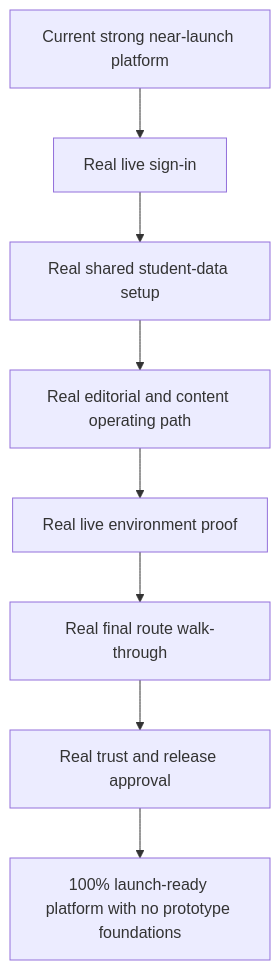
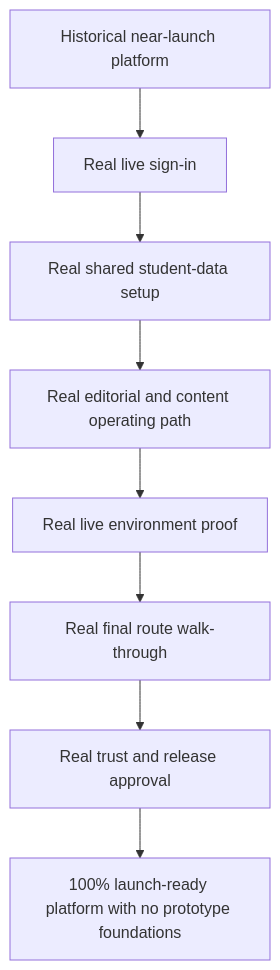
Before and after one commit to tech-fresh/the-switch-platform: diagram 19 of 49 in README.md, drawn with Mermaid. The commit also changed other lines of this file and 13 other files, not shown here.

````diff
--- a/README.md
+++ b/README.md
@@ -3059,10 +3078,10 @@
 ```mermaid
 flowchart TD
-    A["Current strong near-launch platform"] --> B["Real live sign-in"]
+    A["Historical near-launch platform"] --> B["Real live sign-in"]
     B --> C["Real shared student-data setup"]
     C --> D["Real editorial and content operating path"]
     D --> E["Real live environment proof"]
     E --> F["Real final route walk-through"]
     F --> G["Real trust and release approval"]
     G --> H["100% launch-ready platform with no prototype foundations"]
 ```
````
